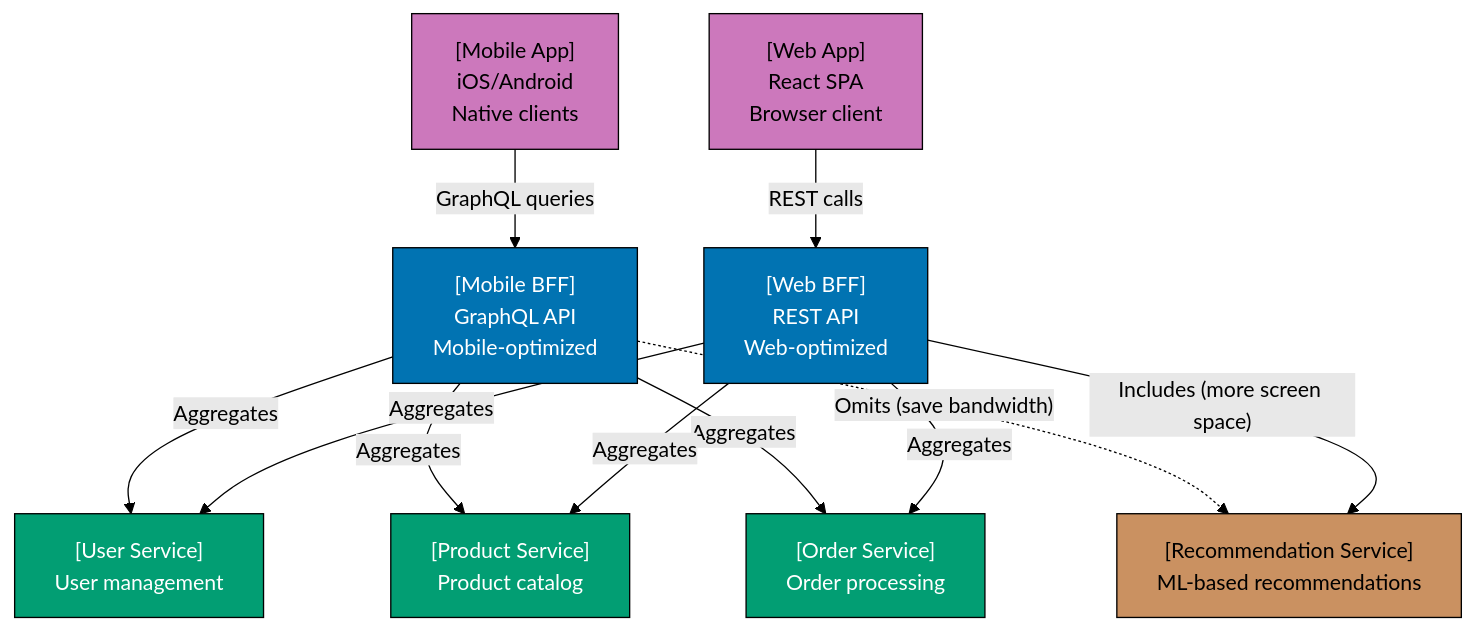
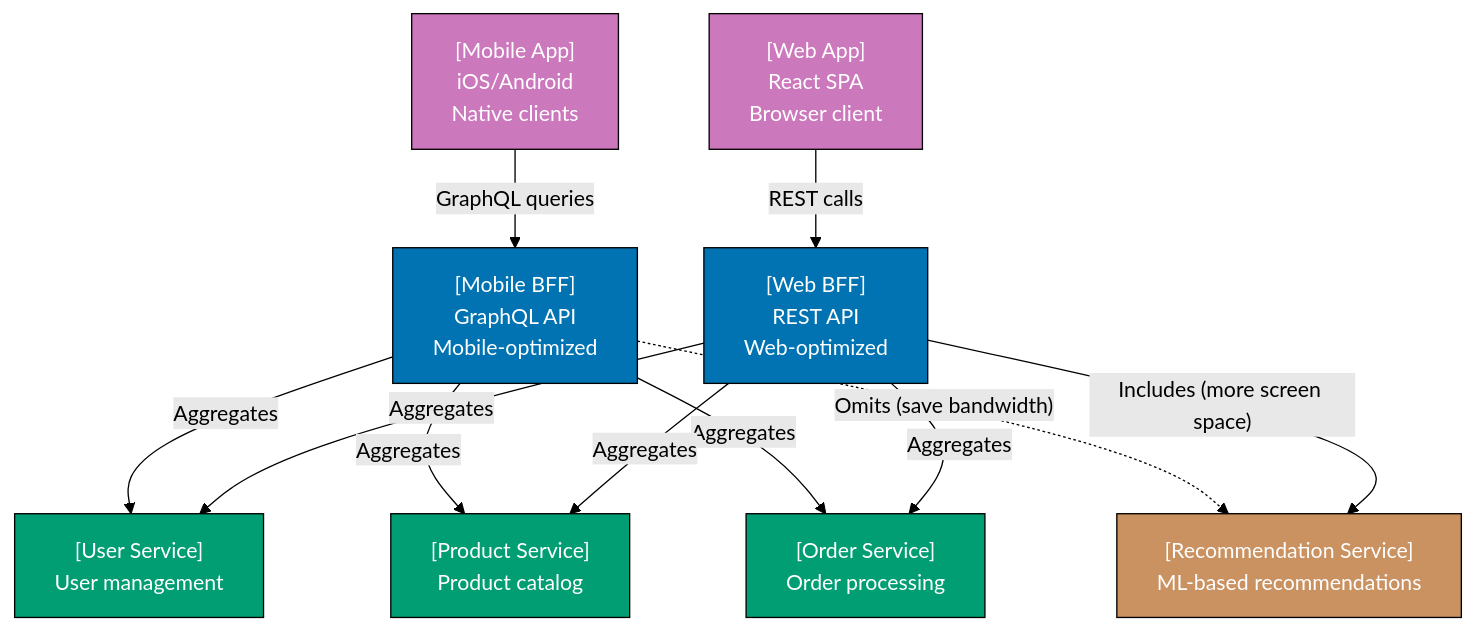
Diagram 21 of 30 in apps/ayokoding-web/content/en/learn/software-engineering/architecture/c4-architecture-model/by-example/intermediate.md (wahidyankf/open-sharia-enterprise), drawn with Mermaid (forest theme) before and after one commit. The commit also changed other lines of this file and 61 other files, not shown here.

First line of the commit message:
fix(ayokoding-web): quote Mermaid node labels with special characters in Example 63

````diff
--- a/apps/ayokoding-web/content/en/learn/software-engineering/architecture/c4-architecture-model/by-example/intermediate.md
+++ b/apps/ayokoding-web/content/en/learn/software-engineering/architecture/c4-architecture-model/by-example/intermediate.md
@@ -1197,35 +1197,35 @@
 ```mermaid
 graph TD
     MobileApp["[Mobile App]<br/>iOS/Android<br/>Native clients"]
     WebApp["[Web App]<br/>React SPA<br/>Browser client"]
 
     MobileBFF["[Mobile BFF]<br/>GraphQL API<br/>Mobile-optimized"]
     WebBFF["[Web BFF]<br/>REST API<br/>Web-optimized"]
 
     UserService["[User Service]<br/>User management"]
     ProductService["[Product Service]<br/>Product catalog"]
     OrderService["[Order Service]<br/>Order processing"]
     RecommendationService["[Recommendation Service]<br/>ML-based recommendations"]
 
     MobileApp -->|"GraphQL queries"| MobileBFF
     WebApp -->|"REST calls"| WebBFF
 
     MobileBFF -->|"Aggregates"| UserService
     MobileBFF -->|"Aggregates"| ProductService
     MobileBFF -->|"Aggregates"| OrderService
     MobileBFF -.->|"Omits (save bandwidth)"| RecommendationService
 
     WebBFF -->|"Aggregates"| UserService
     WebBFF -->|"Aggregates"| ProductService
     WebBFF -->|"Aggregates"| OrderService
     WebBFF -->|"Includes (more screen space)"| RecommendationService
 
-    style MobileApp fill:#CC78BC,stroke:#000,color:#000
-    style WebApp fill:#CC78BC,stroke:#000,color:#000
+    style MobileApp fill:#CC78BC,stroke:#000,color:#fff
+    style WebApp fill:#CC78BC,stroke:#000,color:#fff
     style MobileBFF fill:#0173B2,stroke:#000,color:#fff
     style WebBFF fill:#0173B2,stroke:#000,color:#fff
     style UserService fill:#029E73,stroke:#000,color:#fff
     style ProductService fill:#029E73,stroke:#000,color:#fff
     style OrderService fill:#029E73,stroke:#000,color:#fff
-    style RecommendationService fill:#CA9161,stroke:#000,color:#000
+    style RecommendationService fill:#CA9161,stroke:#000,color:#fff
 ```
````
